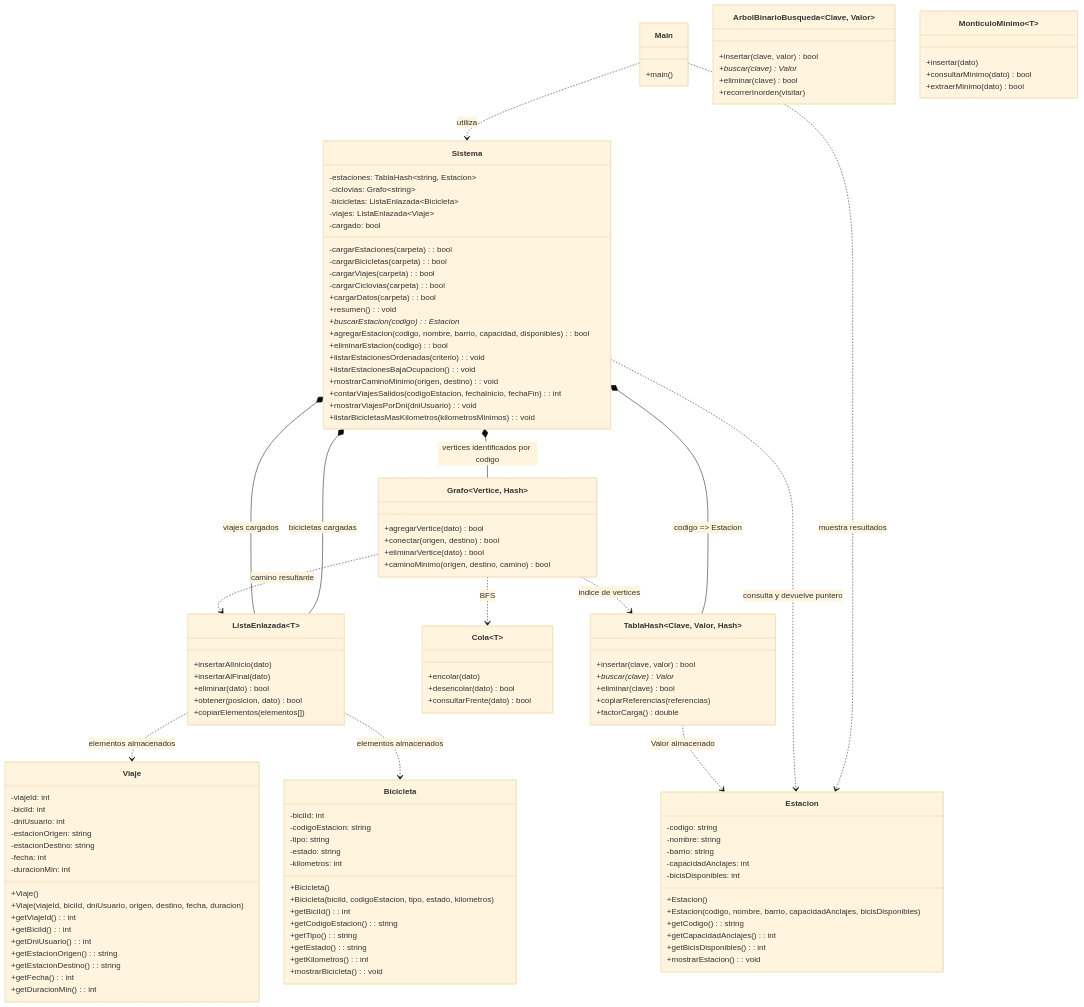
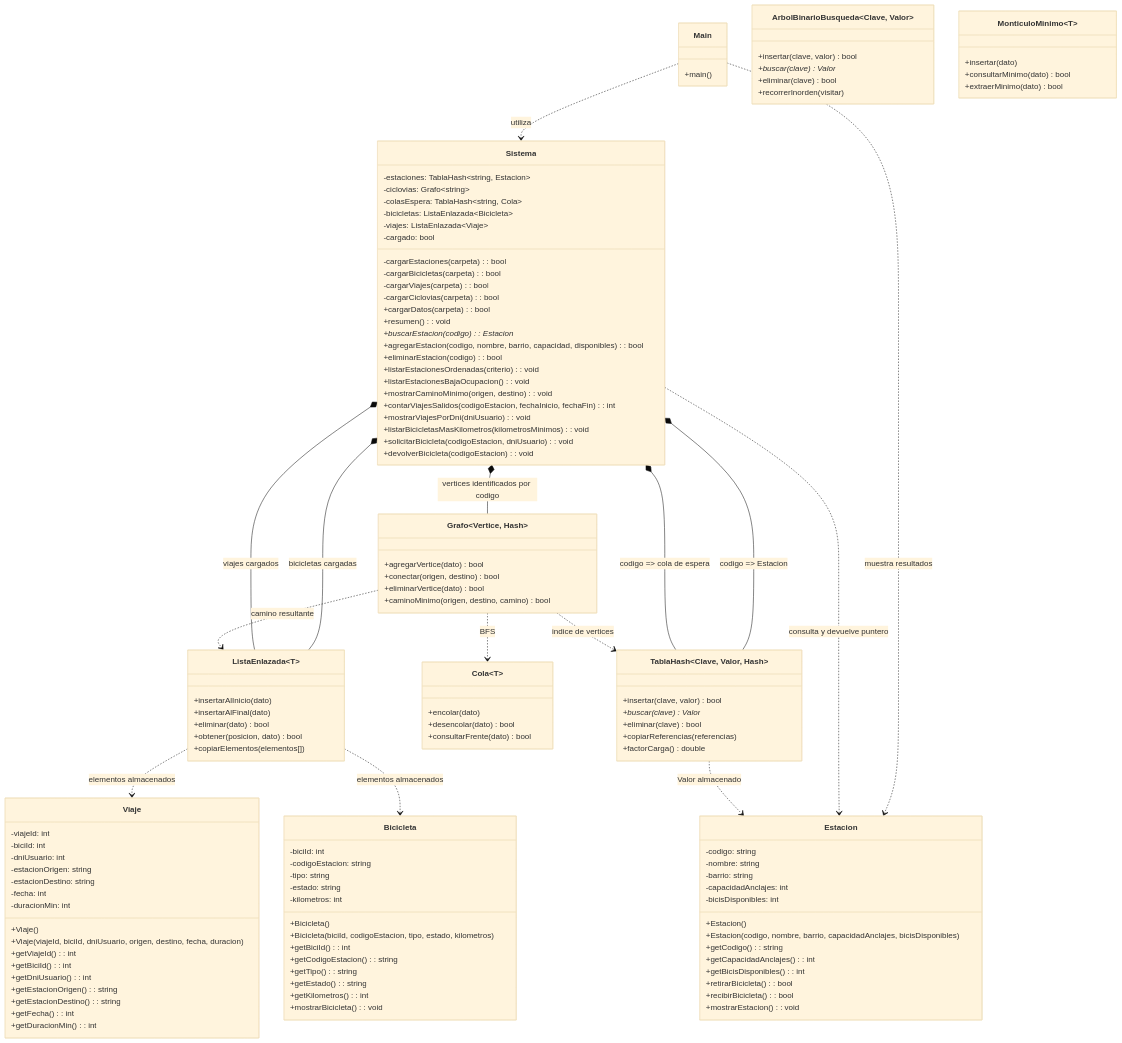
Before and after one commit to cberto/algoritmos: the diagram in TP - Integrador/UML_ACTUAL.md, drawn with Mermaid (base theme). The commit also changed other lines of this file and 6 other files, not shown here.

```diff
--- a/TP - Integrador/UML_ACTUAL.md
+++ b/TP - Integrador/UML_ACTUAL.md
@@ -15,6 +15,7 @@
         -cargarCiclovias(carpeta): bool
         -estaciones: TablaHash~string, Estacion~
         -ciclovias: Grafo~string~
+        -colasEspera: TablaHash~string, Cola<int>~
         -bicicletas: ListaEnlazada~Bicicleta~
         -viajes: ListaEnlazada~Viaje~
         -cargado: bool
@@ -29,6 +30,8 @@
         +contarViajesSalidos(codigoEstacion, fechaInicio, fechaFin): int
         +mostrarViajesPorDni(dniUsuario): void
         +listarBicicletasMasKilometros(kilometrosMinimos): void
+        +solicitarBicicleta(codigoEstacion, dniUsuario): void
+        +devolverBicicleta(codigoEstacion): void
     }
 
     class Estacion {
@@ -42,6 +45,8 @@
         +getCodigo(): string
         +getCapacidadAnclajes(): int
         +getBicisDisponibles(): int
+        +retirarBicicleta(): bool
+        +recibirBicicleta(): bool
         +mostrarEstacion(): void
     }
 
@@ -126,6 +131,7 @@
     Main ..> Estacion : muestra resultados
     Sistema *-- TablaHash~string, Estacion~ : codigo => Estacion
     Sistema *-- Grafo~string~ : vertices identificados por codigo
+    Sistema *-- TablaHash~string, Cola<int>~ : codigo => cola de espera
     Sistema *-- ListaEnlazada~Bicicleta~ : bicicletas cargadas
     Sistema *-- ListaEnlazada~Viaje~ : viajes cargados
     Sistema ..> Estacion : consulta y devuelve puntero
```
